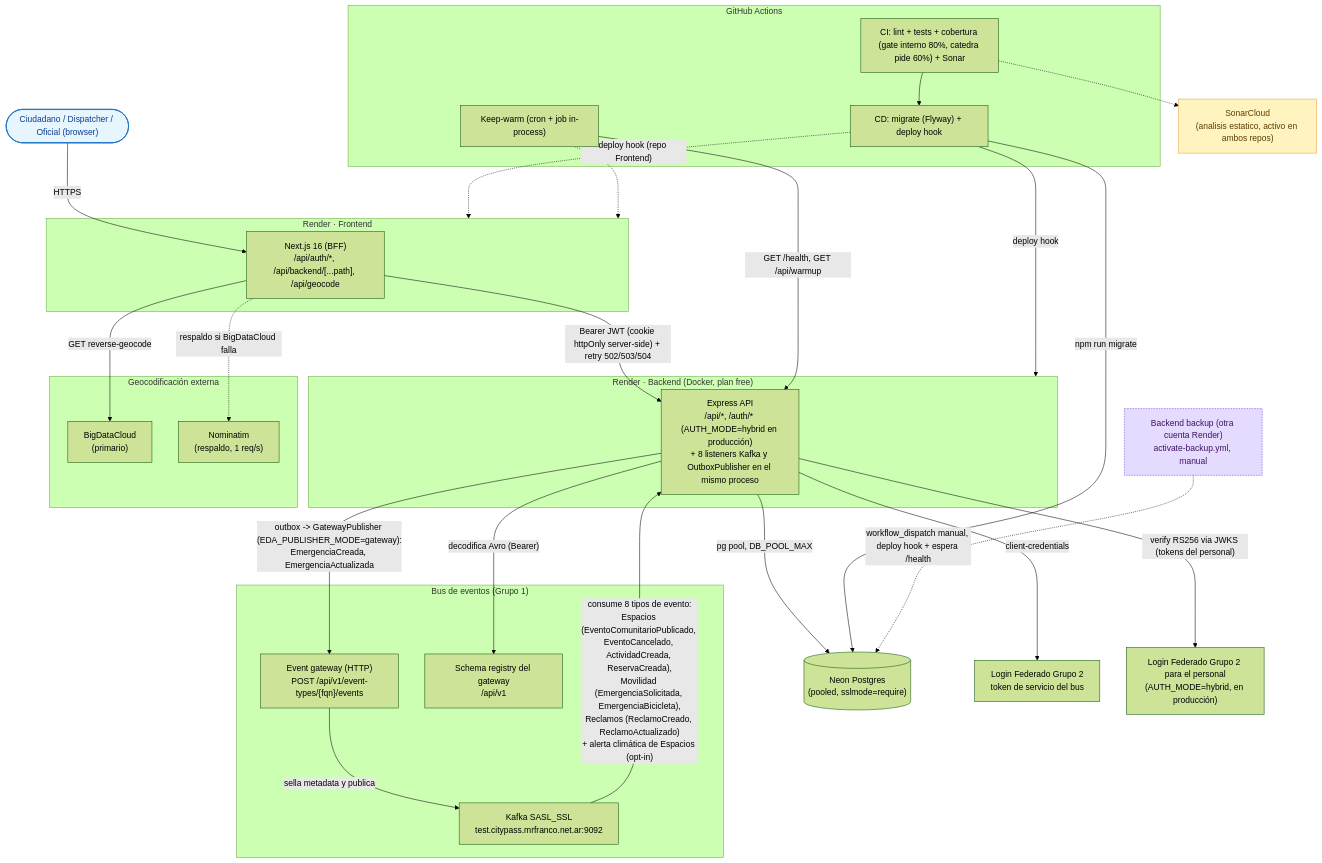
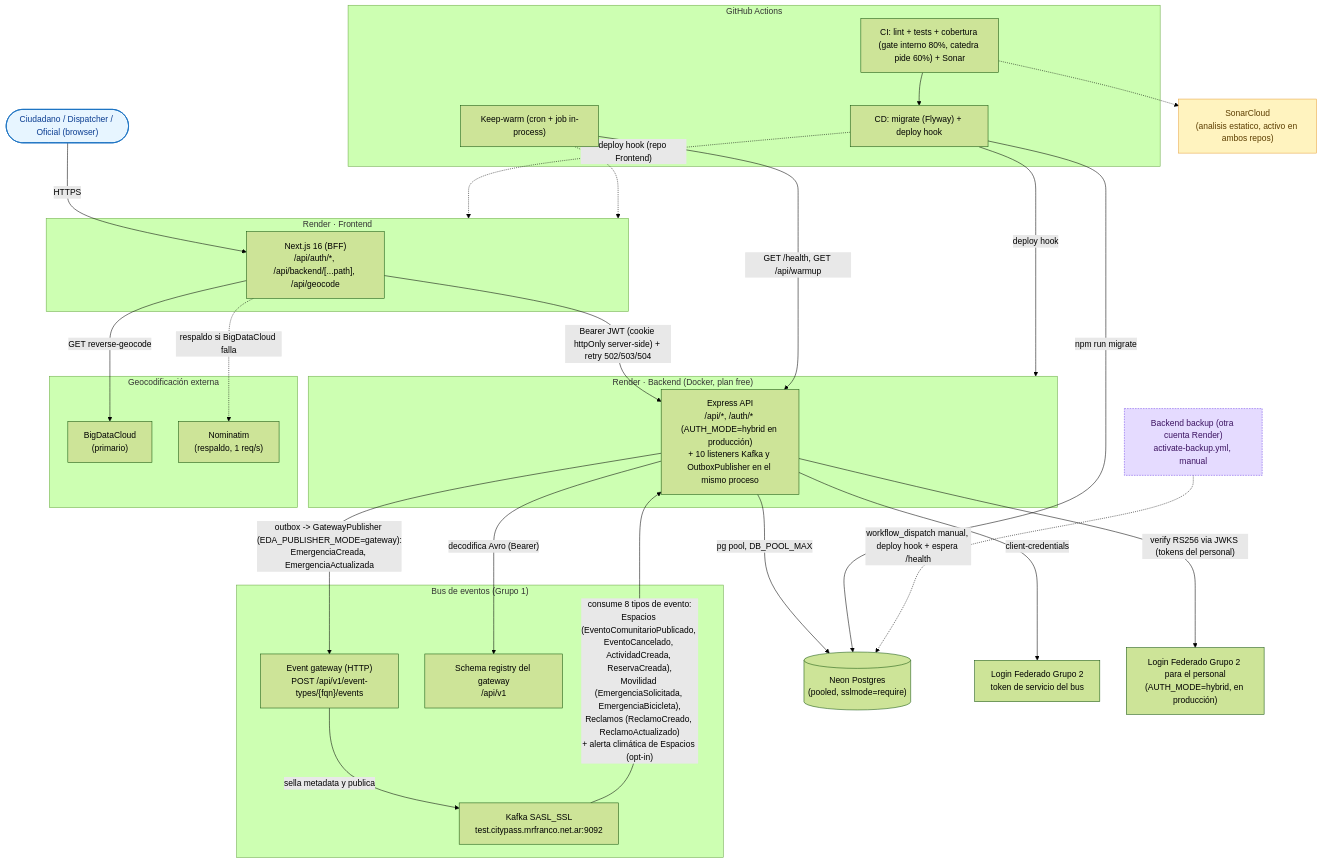
The first of 2 diagrams in docs/diagramas/03-arquitectura.md (G6D2/emergencias-backend), drawn with Mermaid (forest theme) before and after one commit. The commit also changed other lines of this file and 15 other files, not shown here.

First line of the commit message:
docs: corrección de la cátedra (ER a V35, secuencias transversales, orden de eventos, contratos y Postman) (#133)

````diff
--- a/docs/diagramas/03-arquitectura.md
+++ b/docs/diagramas/03-arquitectura.md
@@ -8,63 +8,63 @@
 ```mermaid
 flowchart TB
     ciudadano(["Ciudadano / Dispatcher / Oficial (browser)"]):::actor
 
     subgraph rfe["Render · Frontend"]
         bff["Next.js 16 (BFF)<br/>/api/auth/*, /api/backend/[...path], /api/geocode"]
     end
 
     subgraph rbe["Render · Backend (Docker, plan free)"]
-        api["Express API<br/>/api/*, /auth/* (AUTH_MODE=hybrid en producción)<br/>+ 8 listeners Kafka y OutboxPublisher en el mismo proceso"]
+        api["Express API<br/>/api/*, /auth/* (AUTH_MODE=hybrid en producción)<br/>+ 10 listeners Kafka y OutboxPublisher en el mismo proceso"]
     end
 
     neon[("Neon Postgres<br/>(pooled, sslmode=require)")]
 
     subgraph edaGroup["Bus de eventos (Grupo 1)"]
         kafka["Kafka SASL_SSL<br/>test.citypass.mrfranco.net.ar:9092"]
         gateway["Event gateway (HTTP)<br/>POST /api/v1/event-types/{fqn}/events"]
         registry["Schema registry del gateway<br/>/api/v1"]
     end
 
     login["Login Federado Grupo 2<br/>token de servicio del bus"]
     idp["Login Federado Grupo 2 para el personal<br/>(AUTH_MODE=hybrid, en producción)"]
 
     subgraph geo["Geocodificación externa"]
         bdc["BigDataCloud<br/>(primario)"]
         nom["Nominatim<br/>(respaldo, 1 req/s)"]
     end
 
     subgraph gha["GitHub Actions"]
         ci["CI: lint + tests + cobertura (gate interno 80%, catedra pide 60%) + Sonar"]
         cd["CD: migrate (Flyway) + deploy hook"]
         kw["Keep-warm (cron + job in-process)"]
     end
 
     sonar["SonarCloud<br/>(analisis estatico, activo en ambos repos)"]:::optional
 
     backup["Backend backup (otra cuenta Render)<br/>activate-backup.yml, manual"]:::backup
 
     ciudadano -->|HTTPS| bff
     bff -->|"Bearer JWT (cookie httpOnly server-side) + retry 502/503/504"| api
     api -->|"pg pool, DB_POOL_MAX"| neon
     kafka -->|"consume 8 tipos de evento:<br/>Espacios (EventoComunitarioPublicado, EventoCancelado, ActividadCreada, ReservaCreada),<br/>Movilidad (EmergenciaSolicitada, EmergenciaBicicleta),<br/>Reclamos (ReclamoCreado, ReclamoActualizado)<br/>+ alerta climática de Espacios (opt-in)"| api
     api -->|"decodifica Avro (Bearer)"| registry
     api -->|"client-credentials"| login
     api -->|"outbox -> GatewayPublisher (EDA_PUBLISHER_MODE=gateway):<br/>EmergenciaCreada, EmergenciaActualizada"| gateway
     gateway -->|"sella metadata y publica"| kafka
     api -->|"verify RS256 via JWKS (tokens del personal)"| idp
     bff -->|"GET reverse-geocode"| bdc
     bff -.->|"respaldo si BigDataCloud falla"| nom
     ci --> cd
     cd -->|"npm run migrate"| neon
     cd -->|"deploy hook"| rbe
     cd -.->|"deploy hook (repo Frontend)"| rfe
     kw -->|"GET /health, GET /api/warmup"| api
     kw -.-> rfe
     ci -.-> sonar
     backup -.->|"workflow_dispatch manual, deploy hook + espera /health"| neon
 
     classDef actor fill:#e7f5ff,stroke:#1971c2,color:#0b3d91,stroke-width:1.5px;
     classDef planned fill:#f1f3f5,stroke:#adb5bd,color:#495057,stroke-width:1px,stroke-dasharray: 4 3;
     classDef optional fill:#fff3bf,stroke:#e8a33d,color:#5c3d00,stroke-width:1px;
     classDef backup fill:#e5dbff,stroke:#7048e8,color:#3c1361,stroke-width:1px,stroke-dasharray: 3 2;
 ```
````
